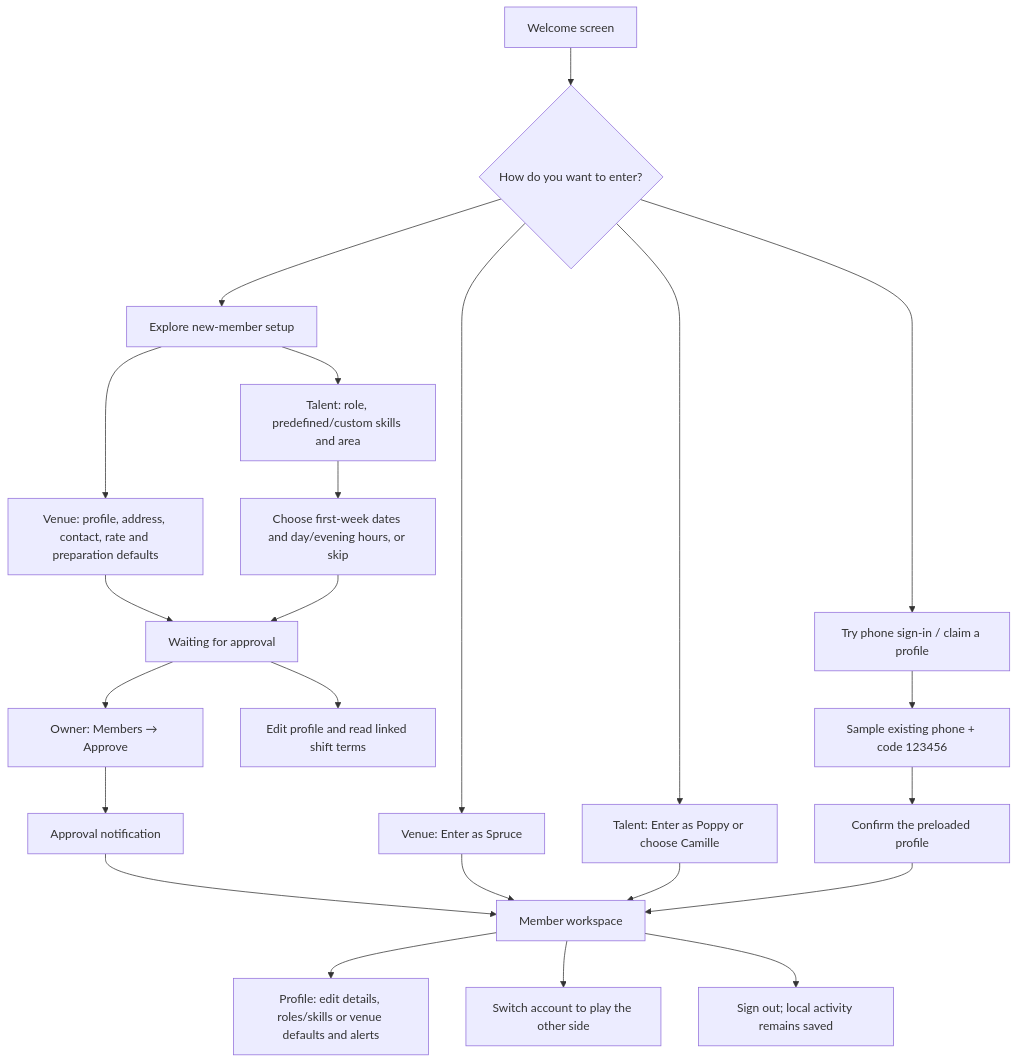
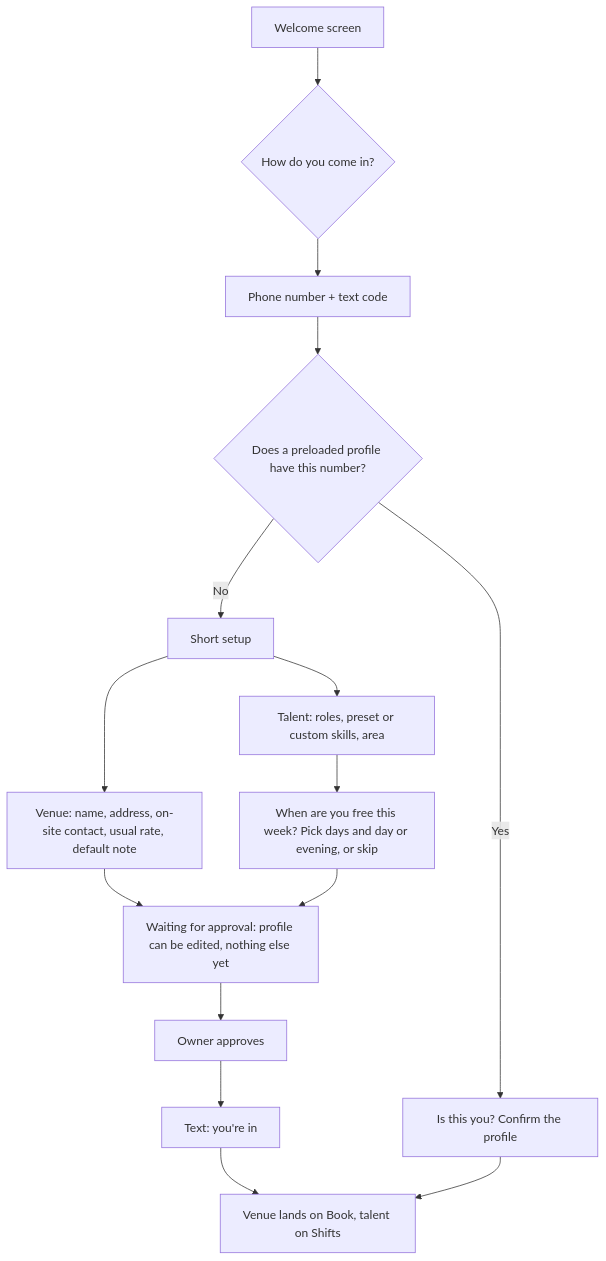
One commit to Envo-Entity/dyuknow changed the first of 10 diagrams in docs/MVP-preview-flowcharts.md. Above: the diagram before and after it, drawn with Mermaid. The commit also changed other lines of this file and 54 other files, not shown here.

````diff
--- a/docs/MVP-preview-flowcharts.md
+++ b/docs/MVP-preview-flowcharts.md
@@ -11,25 +49,17 @@
 ```mermaid
 flowchart TD
-    A["Welcome screen"] --> B{"How do you want to enter?"}
-    B --> V["Venue: Enter as Spruce"]
-    B --> T["Talent: Enter as Poppy or choose Camille"]
-    B --> C["Try phone sign-in / claim a profile"]
-    C --> OTP["Sample existing phone + code 123456"]
-    OTP --> CLAIM["Confirm the preloaded profile"]
-    B --> J["Explore new-member setup"]
-    J --> JV["Venue: profile, address, contact, rate and preparation defaults"]
-    J --> JT["Talent: role, predefined/custom skills and area"]
-    JT --> AV["Choose first-week dates and day/evening hours, or skip"]
-    JV --> P["Waiting for approval"]
-    AV --> P
-    P --> READ["Edit profile and read linked shift terms"]
-    P --> O["Owner: Members → Approve"]
-    O --> N["Approval notification"]
-    N --> W["Member workspace"]
-    V --> W
-    T --> W
-    CLAIM --> W
-    W --> EDIT["Profile: edit details, roles/skills or venue defaults and alerts"]
-    W --> SWITCH["Switch account to play the other side"]
-    W --> OUT["Sign out; local activity remains saved"]
+    A["Welcome screen"] --> B{"How do you come in?"}
+    B --> C["Phone number + text code"]
+    C --> D{"Does a preloaded profile have this number?"}
+    D -->|"Yes"| CLAIM["Is this you? Confirm the profile"]
+    D -->|"No"| SETUP["Short setup"]
+    SETUP --> SV["Venue: name, address, on-site contact, usual rate, default note"]
+    SETUP --> ST["Talent: roles, preset or custom skills, area"]
+    ST --> AV["When are you free this week? Pick days and day or evening, or skip"]
+    SV --> WAIT["Waiting for approval: profile can be edited, nothing else yet"]
+    AV --> WAIT
+    WAIT --> OWN["Owner approves"]
+    OWN --> IN["Text: you're in"]
+    IN --> HOME["Venue lands on Book, talent on Shifts"]
+    CLAIM --> HOME
 ```
````
